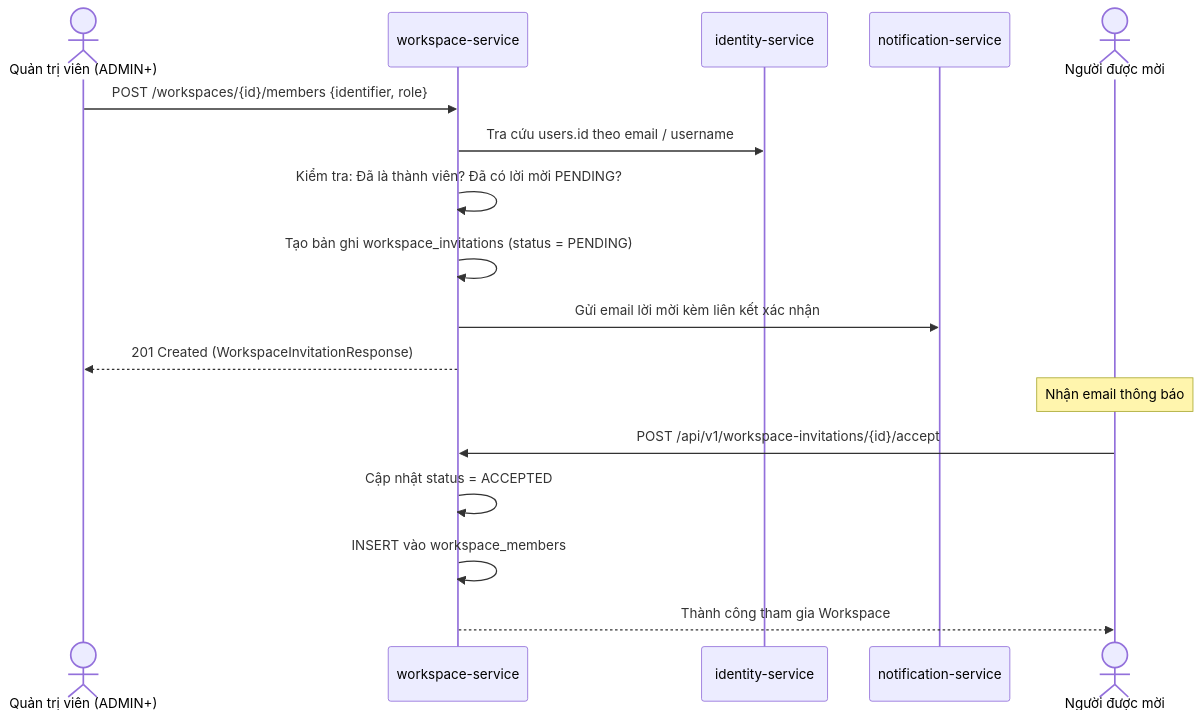
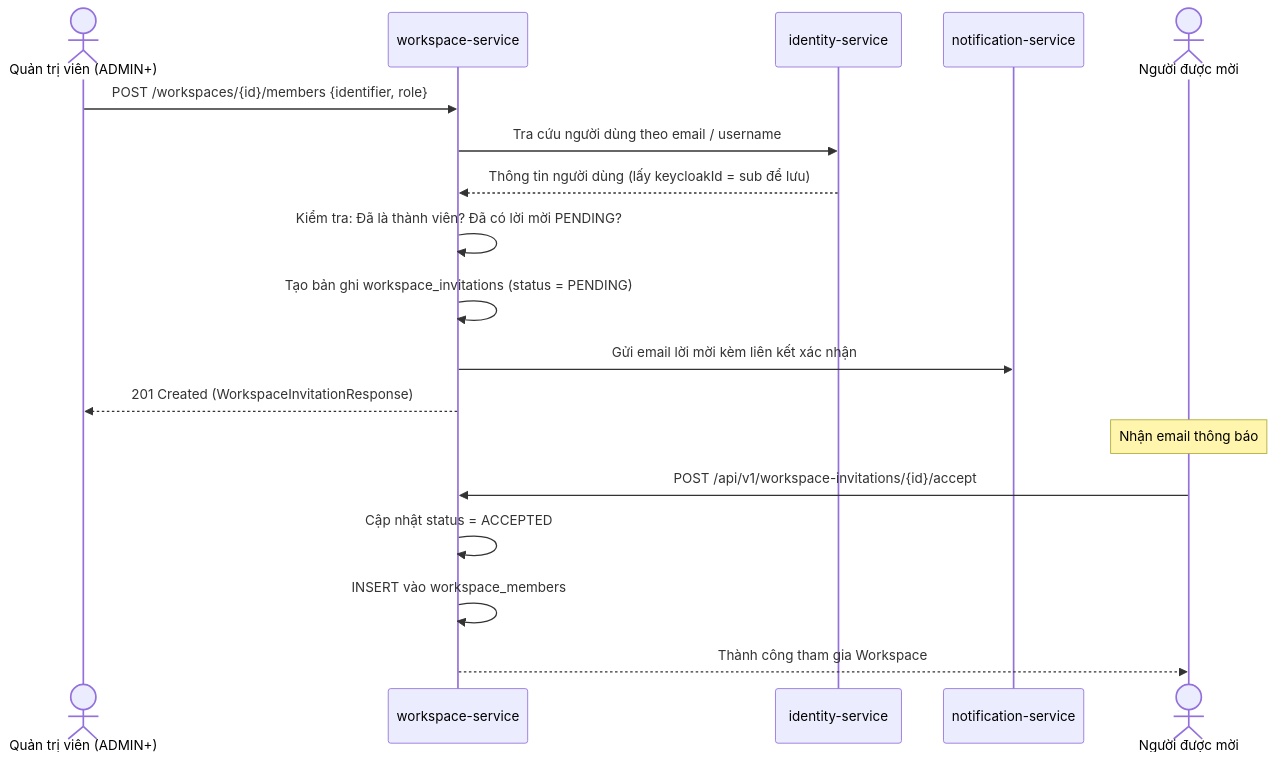
The second of 6 diagrams in formal_doc/03_NGHIEP_VU_WORKSPACE_TEAM_MEMBER.md (Hecker-Chuoi/DATN-2026), drawn with Mermaid before and after one commit. The commit also changed other lines of this file and 2 other files, not shown here.

First line of the commit message:
docs(formal): cập nhật định danh người dùng sau khi thống nhất về Keycloak sub

````diff
--- a/formal_doc/03_NGHIEP_VU_WORKSPACE_TEAM_MEMBER.md
+++ b/formal_doc/03_NGHIEP_VU_WORKSPACE_TEAM_MEMBER.md
@@ -87,19 +87,20 @@
 ```mermaid
 sequenceDiagram
     actor A as Quản trị viên (ADMIN+)
     participant WS as workspace-service
     participant ID as identity-service
     participant NS as notification-service
     actor B as Người được mời
     A->>WS: POST /workspaces/{id}/members {identifier, role}
-    WS->>ID: Tra cứu users.id theo email / username
+    WS->>ID: Tra cứu người dùng theo email / username
+    ID-->>WS: Thông tin người dùng (lấy keycloakId = sub để lưu)
     WS->>WS: Kiểm tra: Đã là thành viên? Đã có lời mời PENDING?
     WS->>WS: Tạo bản ghi workspace_invitations (status = PENDING)
     WS->>NS: Gửi email lời mời kèm liên kết xác nhận
     WS-->>A: 201 Created (WorkspaceInvitationResponse)
     Note over B: Nhận email thông báo
     B->>WS: POST /api/v1/workspace-invitations/{id}/accept
     WS->>WS: Cập nhật status = ACCEPTED
     WS->>WS: INSERT vào workspace_members
     WS-->>B: Thành công tham gia Workspace
 ```
````
